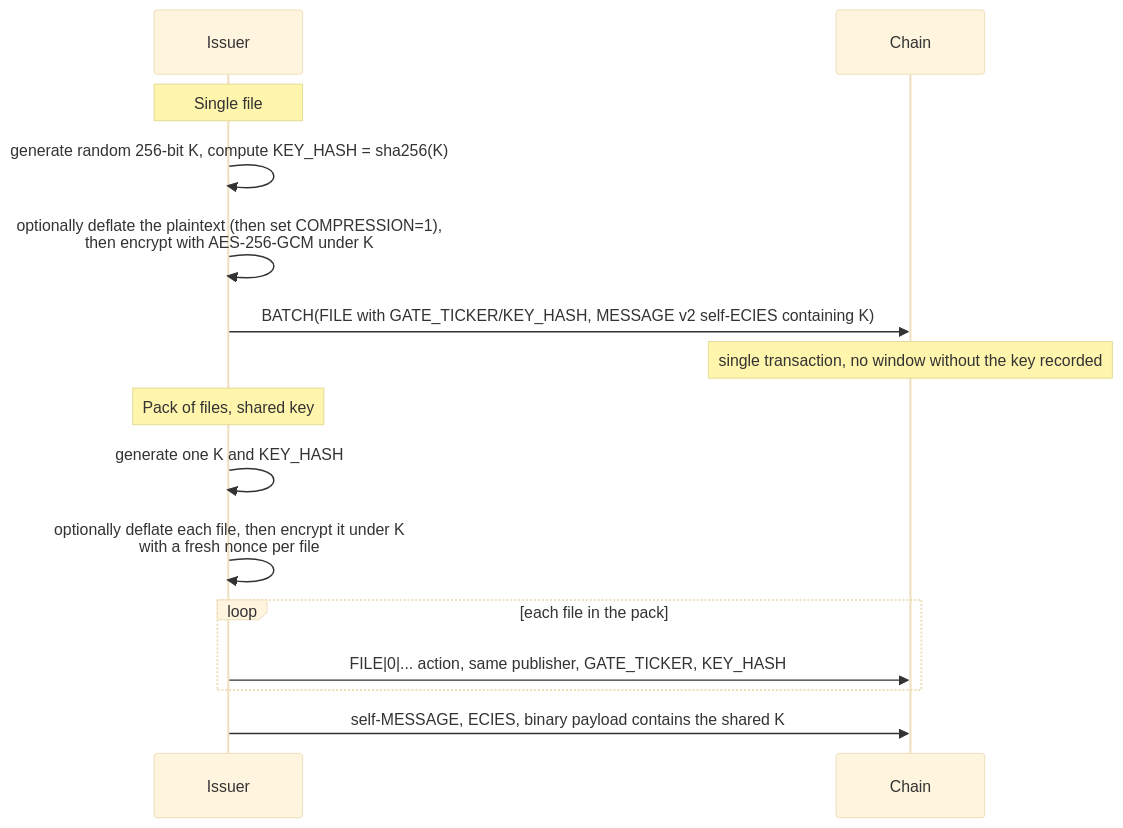
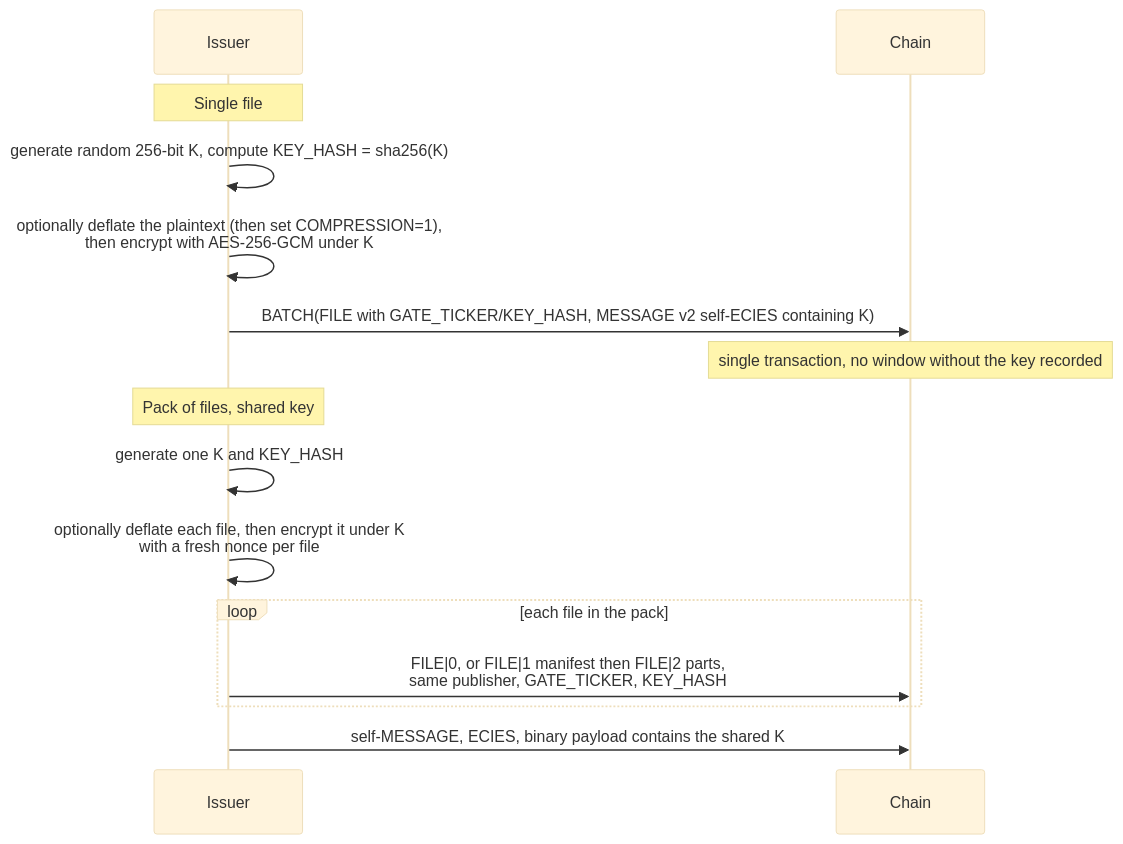
One commit to XChain-Platform/xchain-documentation changed the first of 2 diagrams in protocol/token-gated-content.md. Above: the diagram before and after it, drawn with Mermaid (base theme). The commit also changed other lines of this file and 4 other files, not shown here.

````diff
--- a/protocol/token-gated-content.md
+++ b/protocol/token-gated-content.md
@@ -55,19 +63,19 @@
 ```mermaid
 sequenceDiagram
     participant Issuer
     participant Chain
 
     Note over Issuer: Single file
     Issuer->>Issuer: generate random 256-bit K, compute KEY_HASH = sha256(K)
     Issuer->>Issuer: optionally deflate the plaintext (then set COMPRESSION=1),<br>then encrypt with AES-256-GCM under K
     Issuer->>Chain: BATCH(FILE with GATE_TICKER/KEY_HASH, MESSAGE v2 self-ECIES containing K)
     Note over Chain: single transaction, no window without the key recorded
 
     Note over Issuer: Pack of files, shared key
     Issuer->>Issuer: generate one K and KEY_HASH
     Issuer->>Issuer: optionally deflate each file, then encrypt it under K<br>with a fresh nonce per file
     loop each file in the pack
-        Issuer->>Chain: FILE|0|... action, same publisher, GATE_TICKER, KEY_HASH
+        Issuer->>Chain: FILE|0, or FILE|1 manifest then FILE|2 parts,<br>same publisher, GATE_TICKER, KEY_HASH
     end
     Issuer->>Chain: self-MESSAGE, ECIES, binary payload contains the shared K
 ```
````
